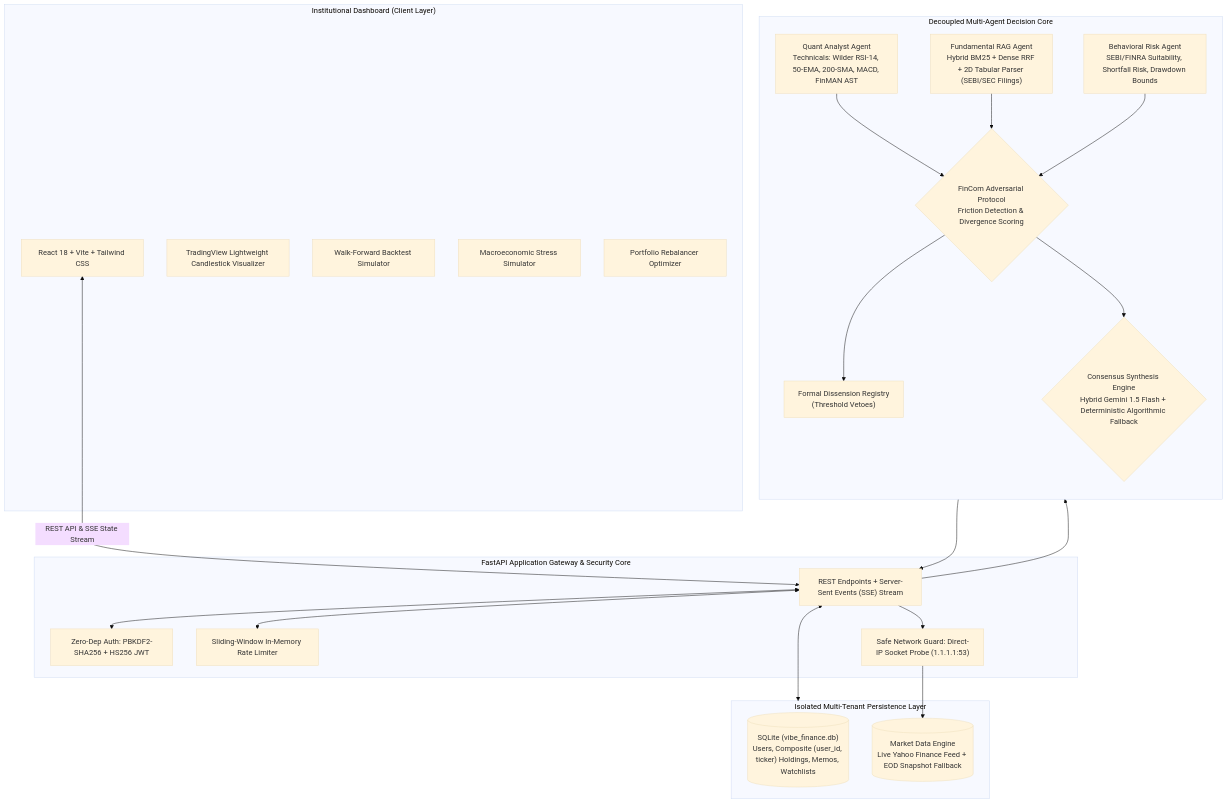
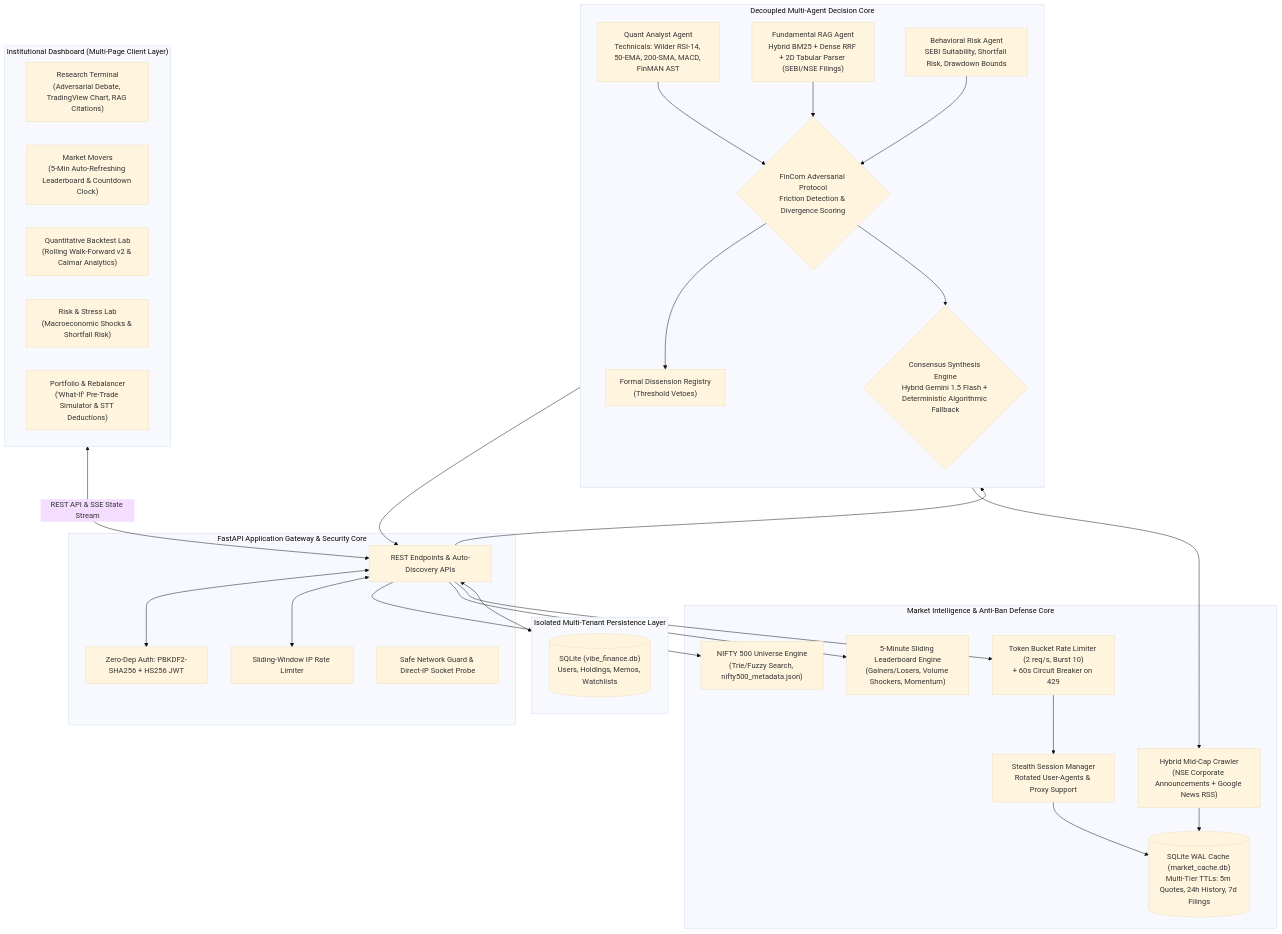
One commit to Khare69/Vibe-Finance changed the diagram in README.md. Above: the diagram before and after it, drawn with Mermaid (base theme). The commit also changed other lines of this file, not shown here.

Commit message:
docs: overhaul institutional README with 5-page architecture, NIFTY 500 universe, and 30-scenario verification matrix

````diff
--- a/README.md
+++ b/README.md
@@ -32,50 +32,64 @@
 ```mermaid
 flowchart TD
-    subgraph ClientLayer["Institutional Dashboard (Client Layer)"]
-        UI["React 18 + Vite + Tailwind CSS"]
-        TVC["TradingView Lightweight Candlestick Visualizer"]
-        BKT["Walk-Forward Backtest Simulator"]
-        MST["Macroeconomic Stress Simulator"]
-        REB["Portfolio Rebalancer Optimizer"]
+    subgraph ClientLayer["Institutional Dashboard (Multi-Page Client Layer)"]
+        RT["Research Terminal\n(Adversarial Debate, TradingView Chart, RAG Citations)"]
+        MM["Market Movers\n(5-Min Auto-Refreshing Leaderboard & Countdown Clock)"]
+        BL["Quantitative Backtest Lab\n(Rolling Walk-Forward v2 & Calmar Analytics)"]
+        SL["Risk & Stress Lab\n(Macroeconomic Shocks & Shortfall Risk)"]
+        PR["Portfolio & Rebalancer\n('What-If' Pre-Trade Simulator & STT Deductions)"]
     end
 
     subgraph APILayer["FastAPI Application Gateway & Security Core"]
         AUTH["Zero-Dep Auth: PBKDF2-SHA256 + HS256 JWT"]
-        RATELIM["Sliding-Window In-Memory Rate Limiter"]
-        NETGUARD["Safe Network Guard: Direct-IP Socket Probe (1.1.1.1:53)"]
-        ROUTER["REST Endpoints + Server-Sent Events (SSE) Stream"]
+        RATELIM["Sliding-Window IP Rate Limiter"]
+        ROUTER["REST Endpoints & Auto-Discovery APIs"]
+        NETGUARD["Safe Network Guard & Direct-IP Socket Probe"]
+    end
+
+    subgraph DataEngine["Market Intelligence & Anti-Ban Defense Core"]
+        UNIVERSE["NIFTY 500 Universe Engine\n(Trie/Fuzzy Search, nifty500_metadata.json)"]
+        LEADERBOARD["5-Minute Sliding Leaderboard Engine\n(Gainers/Losers, Volume Shockers, Momentum)"]
+        WALCACHE[("SQLite WAL Cache (market_cache.db)\nMulti-Tier TTLs: 5m Quotes, 24h History, 7d Filings")]
+        BUCKET["Token Bucket Rate Limiter (2 req/s, Burst 10)\n+ 60s Circuit Breaker on 429"]
+        STEALTH["Stealth Session Manager\nRotated User-Agents & Proxy Support"]
+        CRAWLER["Hybrid Mid-Cap Crawler\n(NSE Corporate Announcements + Google News RSS)"]
     end
 
     subgraph MultiAgentEngine["Decoupled Multi-Agent Decision Core"]
         direction TB
         QA["Quant Analyst Agent\nTechnicals: Wilder RSI-14, 50-EMA, 200-SMA, MACD, FinMAN AST"]
-        FA["Fundamental RAG Agent\nHybrid BM25 + Dense RRF + 2D Tabular Parser (SEBI/SEC Filings)"]
-        BM["Behavioral Risk Agent\nSEBI/FINRA Suitability, Shortfall Risk, Drawdown Bounds"]
+        FA["Fundamental RAG Agent\nHybrid BM25 + Dense RRF + 2D Tabular Parser (SEBI/NSE Filings)"]
+        BM["Behavioral Risk Agent\nSEBI Suitability, Shortfall Risk, Drawdown Bounds"]
         
         FINCOM{"FinCom Adversarial Protocol\nFriction Detection & Divergence Scoring"}
         DISSENT["Formal Dissension Registry\n(Threshold Vetoes)"]
         
         SYNTH{"Consensus Synthesis Engine\nHybrid Gemini 1.5 Flash + Deterministic Algorithmic Fallback"}
     end
 
     subgraph DataPersistence["Isolated Multi-Tenant Persistence Layer"]
-        SQLITE[("SQLite (vibe_finance.db)\nUsers, Composite (user_id, ticker) Holdings, Memos, Watchlists")]
-        MARKETCACHE[("Market Data Engine\nLive Yahoo Finance Feed + EOD Snapshot Fallback")]
+        SQLITE[("SQLite (vibe_finance.db)\nUsers, Holdings, Memos, Watchlists")]
     end
 
-    UI <-->|REST API & SSE State Stream| ROUTER
+    ClientLayer <-->|REST API & SSE State Stream| ROUTER
     ROUTER <--> AUTH
     ROUTER <--> RATELIM
-    ROUTER --> NETGUARD
-    NETGUARD --> MARKETCACHE
+    ROUTER --> UNIVERSE
+    ROUTER --> LEADERBOARD
     ROUTER --> MultiAgentEngine
+
+    MultiAgentEngine --> CRAWLER
+    CRAWLER --> WALCACHE
+    ROUTER --> BUCKET
+    BUCKET --> STEALTH
+    STEALTH --> WALCACHE
 
     QA --> FINCOM
     FA --> FINCOM
     BM --> FINCOM
     FINCOM --> DISSENT
     FINCOM --> SYNTH
     SYNTH --> ROUTER
 
     ROUTER <--> DataPersistence
 ```
````
